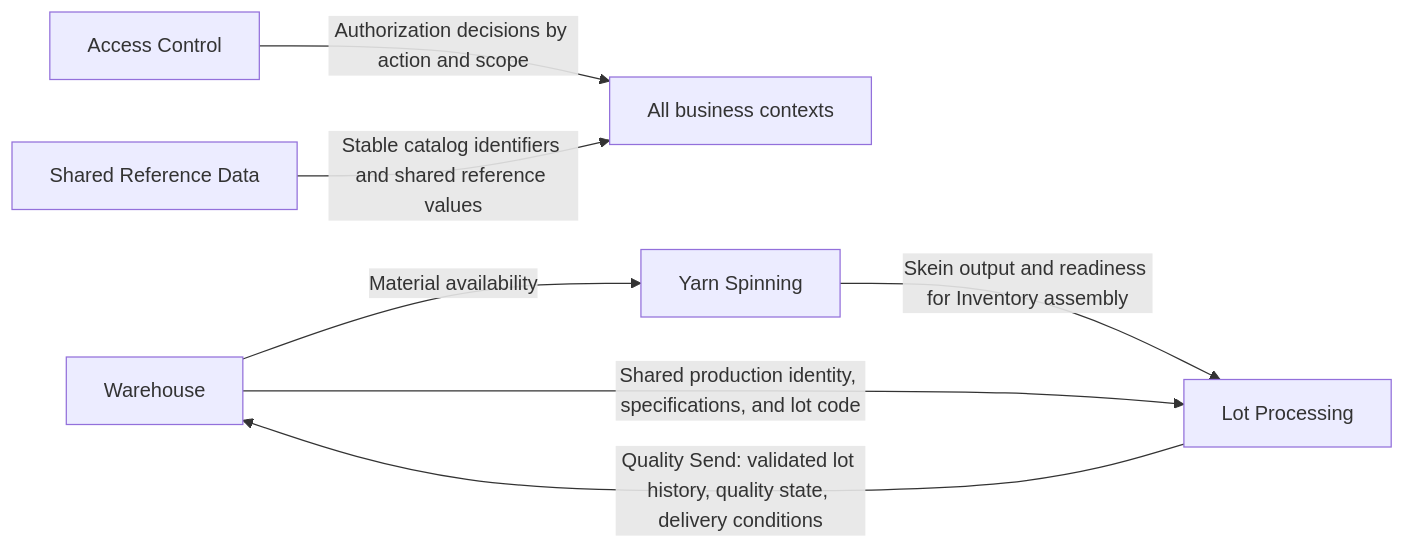
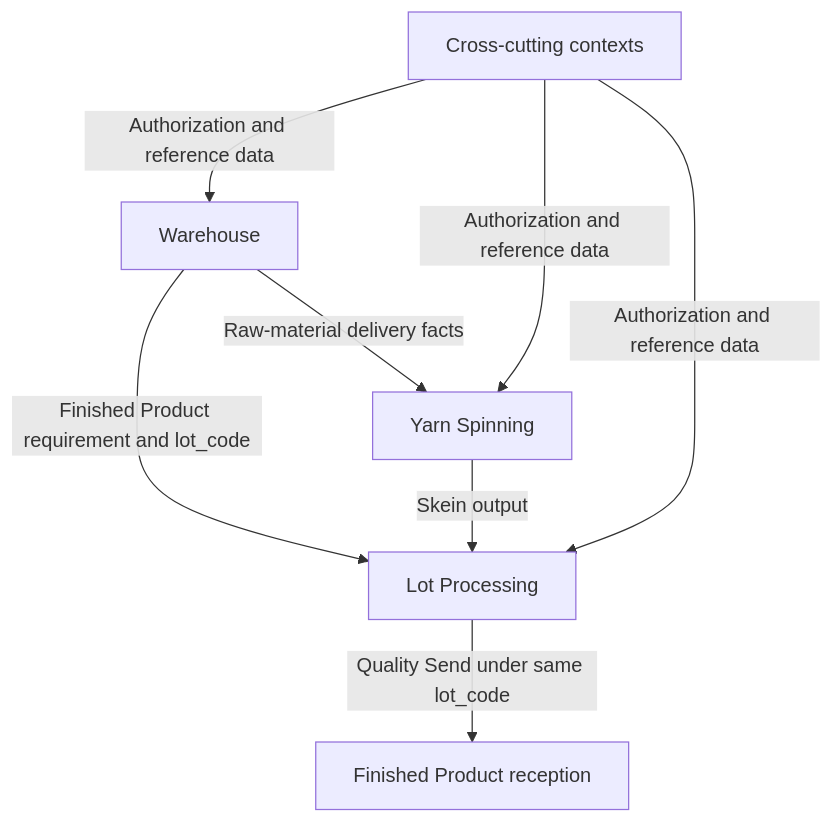
One commit to luiscm17/colibri-hub changed the diagram in docs/architecture/context-map.md. Above: the diagram before and after it, drawn with Mermaid. The commit also changed other lines of this file and 1 other file, not shown here.

Commit message:
docs: restructure architecture docs around context-owned lot representations

````diff
--- a/docs/architecture/context-map.md
+++ b/docs/architecture/context-map.md
@@ -150,16 +180,16 @@
 ```mermaid
-flowchart LR
-    W[Warehouse]
-    YS[Yarn Spinning]
-    LP[Lot Processing]
-    AC[Access Control]
-    SRD[Shared Reference Data]
-    ALL[All business contexts]
+flowchart TD
+    W["Warehouse"]
+    YS["Yarn Spinning"]
+    LP["Lot Processing"]
+    FP["Finished Product reception"]
+    XS["Cross-cutting contexts"]
 
-    W -->|Material availability| YS
-    W -->|Shared production identity, specifications, and lot code| LP
-    YS -->|Skein output and readiness for Inventory assembly| LP
-    LP -->|Quality Send: validated lot history, quality state, delivery conditions| W
-    AC -->|Authorization decisions by action and scope| ALL
-    SRD -->|Stable catalog identifiers and shared reference values| ALL
+    W -->|"Raw-material delivery facts"| YS
+    W -->|"Finished Product requirement and lot_code"| LP
+    YS -->|"Skein output"| LP
+    LP -->|"Quality Send under same lot_code"| FP
+    XS -->|"Authorization and reference data"| W
+    XS -->|"Authorization and reference data"| YS
+    XS -->|"Authorization and reference data"| LP
 ```
````
